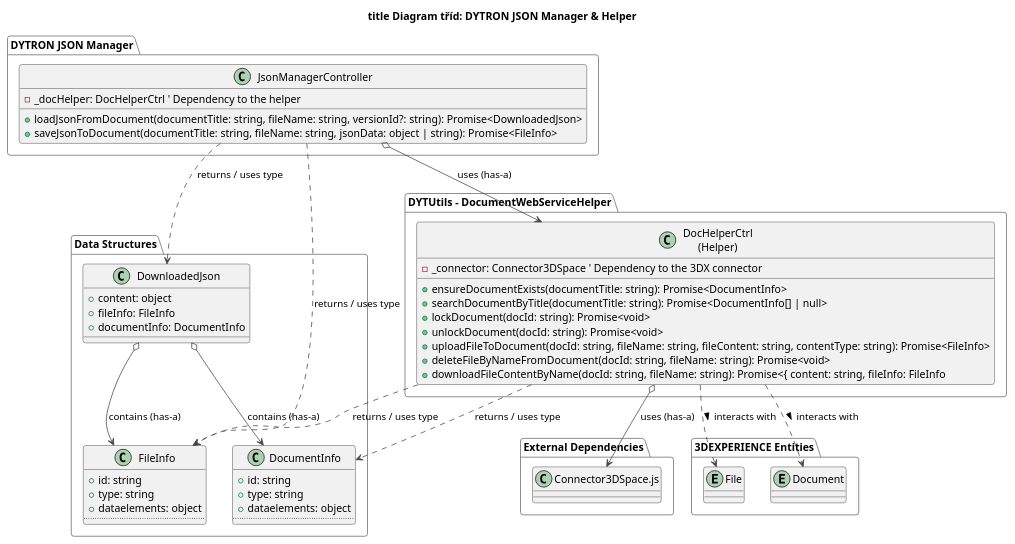
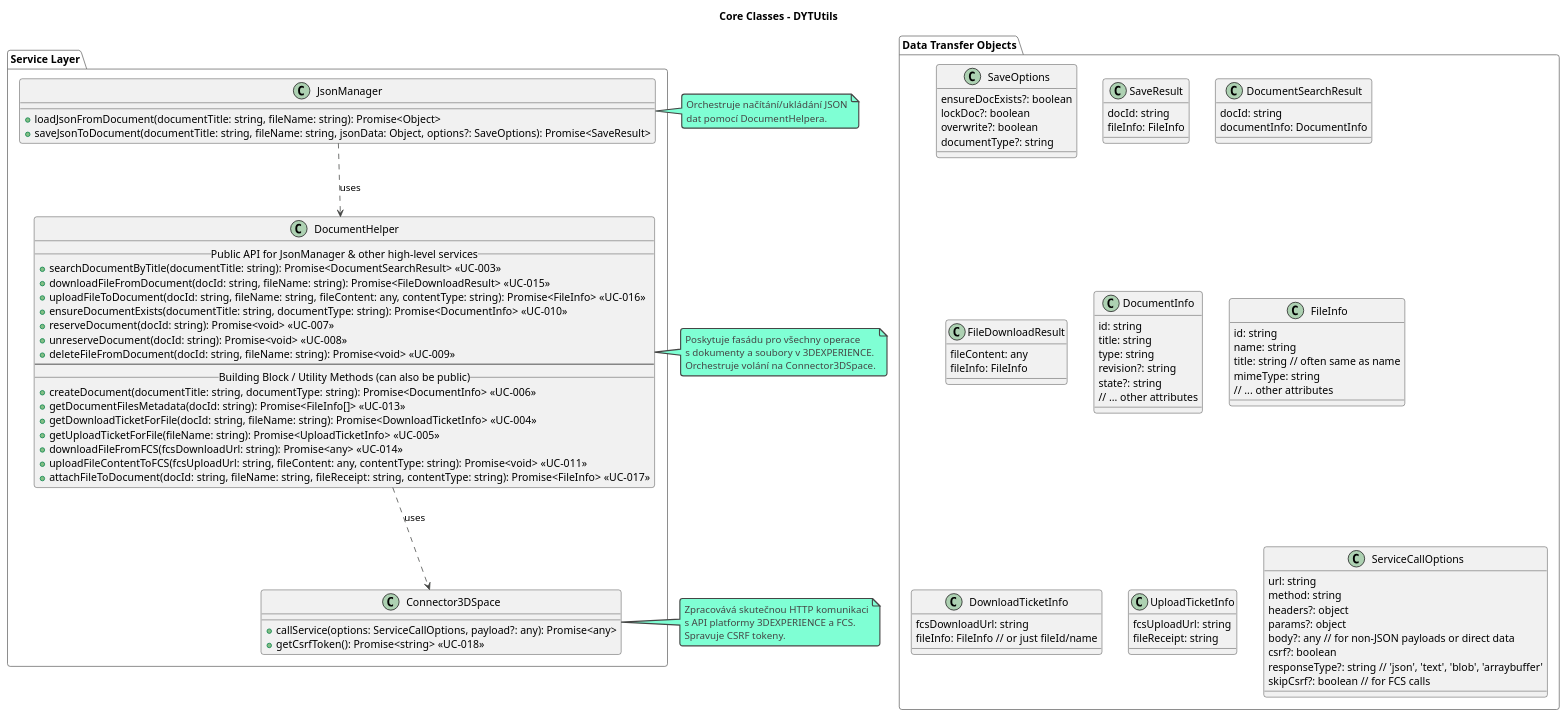
Before and after one commit to rkonvicny/DYTUtils: the diagram in Docs/06-classes/CD-001_Core_Classes.plantuml, drawn with PlantUML. The commit also changed 63 other files, not shown here.

```diff
--- a/Docs/06-classes/CD-001_Core_Classes.plantuml
+++ b/Docs/06-classes/CD-001_Core_Classes.plantuml
@@ -1,77 +1,111 @@
 @startuml CD-001_Core_Classes
 !theme vibrant
-title title Diagram tříd: DYTRON JSON Manager & Helper
+title Core Classes - DYTUtils
 
-package "DYTRON JSON Manager" {
-  ' Controller class for high-level JSON document operations
-  class "JsonManagerController" as JsonManagerController {
-    - _docHelper: DocHelperCtrl ' Dependency to the helper
-        + loadJsonFromDocument(documentTitle: string, fileName: string, versionId?: string): Promise<DownloadedJson>
-        + saveJsonToDocument(documentTitle: string, fileName: string, jsonData: object | string): Promise<FileInfo>
+package "Service Layer" {
+    class JsonManager {
+        + loadJsonFromDocument(documentTitle: string, fileName: string): Promise<Object>
+        + saveJsonToDocument(documentTitle: string, fileName: string, jsonData: Object, options?: SaveOptions): Promise<SaveResult>
+    }
+
+    class DocumentHelper {
+        __ Public API for JsonManager & other high-level services __
+        + searchDocumentByTitle(documentTitle: string): Promise<DocumentSearchResult> <<UC-003>>
+        + downloadFileFromDocument(docId: string, fileName: string): Promise<FileDownloadResult> <<UC-015>>
+        + uploadFileToDocument(docId: string, fileName: string, fileContent: any, contentType: string): Promise<FileInfo> <<UC-016>>
+        + ensureDocumentExists(documentTitle: string, documentType: string): Promise<DocumentInfo> <<UC-010>>
+        + reserveDocument(docId: string): Promise<void> <<UC-007>>
+        + unreserveDocument(docId: string): Promise<void> <<UC-008>>
+        + deleteFileFromDocument(docId: string, fileName: string): Promise<void> <<UC-009>>
+        --
+        __ Building Block / Utility Methods (can also be public) __
+        + createDocument(documentTitle: string, documentType: string): Promise<DocumentInfo> <<UC-006>>
+        + getDocumentFilesMetadata(docId: string): Promise<FileInfo[]> <<UC-013>>
+        + getDownloadTicketForFile(docId: string, fileName: string): Promise<DownloadTicketInfo> <<UC-004>>
+        + getUploadTicketForFile(fileName: string): Promise<UploadTicketInfo> <<UC-005>>
+        + downloadFileFromFCS(fcsDownloadUrl: string): Promise<any> <<UC-014>>
+        + uploadFileContentToFCS(fcsUploadUrl: string, fileContent: any, contentType: string): Promise<void> <<UC-011>>
+        + attachFileToDocument(docId: string, fileName: string, fileReceipt: string, contentType: string): Promise<FileInfo> <<UC-017>>
+    }
+
+    class Connector3DSpace {
+        + callService(options: ServiceCallOptions, payload?: any): Promise<any>
+        + getCsrfToken(): Promise<string> <<UC-018>>
     }
 }
 
-package "DYTUtils - DocumentWebServiceHelper" {
-    class "DocHelperCtrl\n(Helper)" as DocHelperCtrl {
-        - _connector: Connector3DSpace ' Dependency to the 3DX connector
-        + ensureDocumentExists(documentTitle: string): Promise<DocumentInfo>
-        + searchDocumentByTitle(documentTitle: string): Promise<DocumentInfo[] | null>
-        + lockDocument(docId: string): Promise<void>
-        + unlockDocument(docId: string): Promise<void>
-        + uploadFileToDocument(docId: string, fileName: string, fileContent: string, contentType: string): Promise<FileInfo>
-        + deleteFileByNameFromDocument(docId: string, fileName: string): Promise<void>
-        + downloadFileContentByName(docId: string, fileName: string): Promise<{ content: string, fileInfo: FileInfo
-    }    
+package "Data Transfer Objects" {
+    class SaveOptions {
+        ensureDocExists?: boolean
+        lockDoc?: boolean
+        overwrite?: boolean
+        documentType?: string
+    }
+    class SaveResult {
+        docId: string
+        fileInfo: FileInfo
+    }
+    class DocumentSearchResult {
+        docId: string
+        documentInfo: DocumentInfo
+    }
+    class FileDownloadResult {
+        fileContent: any
+        fileInfo: FileInfo
+    }
+    class DocumentInfo {
+        id: string
+        title: string
+        type: string
+        revision?: string
+        state?: string
+        // ... other attributes
+    }
+    class FileInfo {
+        id: string
+        name: string
+        title: string // often same as name
+        mimeType: string
+        // ... other attributes
+    }
+    class DownloadTicketInfo {
+        fcsDownloadUrl: string
+        fileInfo: FileInfo // or just fileId/name
+    }
+    class UploadTicketInfo {
+        fcsUploadUrl: string
+        fileReceipt: string
+    }
+    class ServiceCallOptions {
+        url: string
+        method: string
+        headers?: object
+        params?: object
+        body?: any // for non-JSON payloads or direct data
+        csrf?: boolean
+        responseType?: string // 'json', 'text', 'blob', 'arraybuffer'
+        skipCsrf?: boolean // for FCS calls
+    }
 }
 
-package "Data Structures" {
-class DocumentInfo {
-    + id: string
-    + type: string
-    + dataelements: object
-    ..
-    ' další atributy dle potřeby
-}
-class FileInfo {
-    + id: string
-    + type: string
-    + dataelements: object
-    ..
-    ' další atributy dle potřeby
-}
-class DownloadedJson {
-    + content: object
-    + fileInfo: FileInfo
-    + documentInfo: DocumentInfo
-}
-}
+JsonManager ..> DocumentHelper : uses
+DocumentHelper ..> Connector3DSpace : uses
 
-package "External Dependencies" {
-class "Connector3DSpace.js" as Connector3DSpace
-}
+note right of JsonManager
+  Orchestruje načítání/ukládání JSON
+  dat pomocí DocumentHelpera.
+end note
 
-' "Has-a" relationships (Aggregation)
-JsonManagerController o--> DocHelperCtrl : "uses (has-a)"
-DocHelperCtrl o--> Connector3DSpace : "uses (has-a)"
+note right of DocumentHelper
+  Poskytuje fasádu pro všechny operace
+  s dokumenty a soubory v 3DEXPERIENCE.
+  Orchestruje volání na Connector3DSpace.
+end note
 
-DownloadedJson o--> FileInfo : "contains (has-a)"
-DownloadedJson o--> DocumentInfo : "contains (has-a)"
-
-
-' Dependencies (e.g., return types, parameters)
-JsonManagerController ..> DownloadedJson : "returns / uses type"
-JsonManagerController ..> FileInfo : "returns / uses type"
-
-DocHelperCtrl ..> DocumentInfo : "returns / uses type"
-DocHelperCtrl ..> FileInfo : "returns / uses type"
-
-
-' Conceptual entities (not classes in our system, but what Helper interacts with)
-package "3DEXPERIENCE Entities" {
-entity Document
-entity File
-}
-DocHelperCtrl ..> Document : interacts with >
-DocHelperCtrl ..> File : interacts with >
+note right of Connector3DSpace
+  Zpracovává skutečnou HTTP komunikaci
+  s API platformy 3DEXPERIENCE a FCS.
+  Spravuje CSRF tokeny.
+end note
 
 @enduml
```
